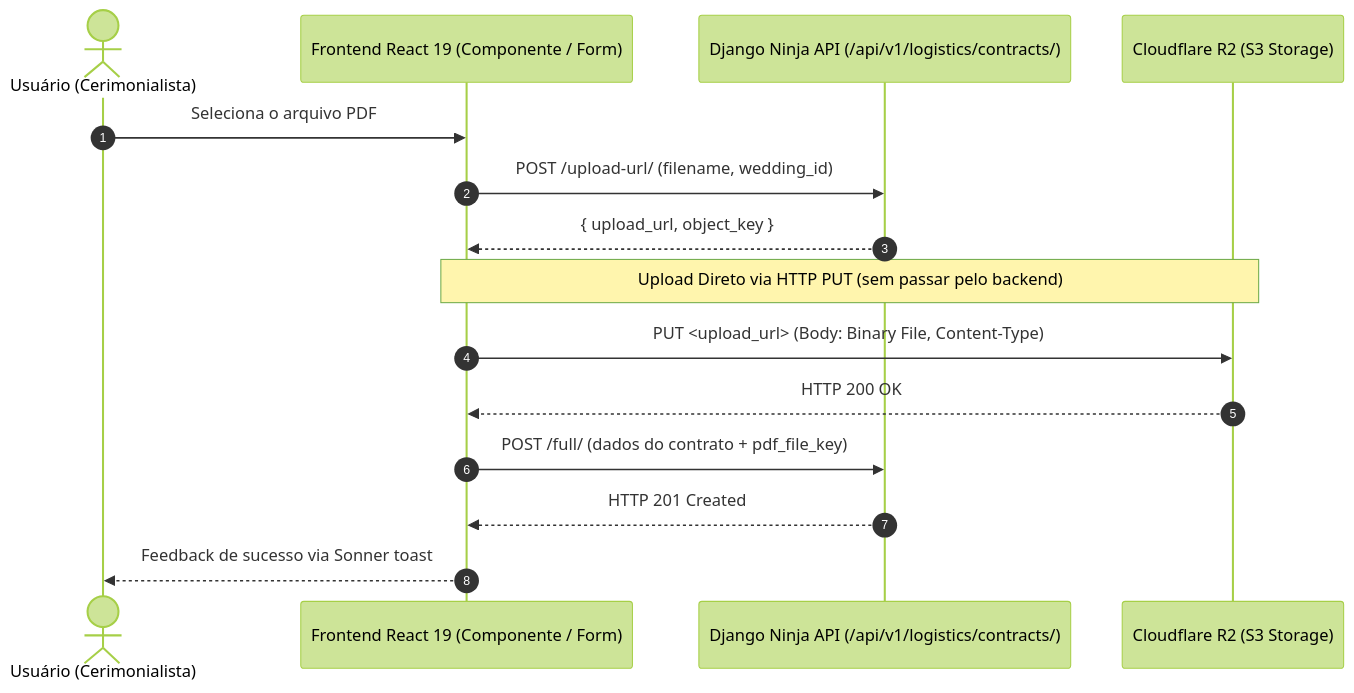
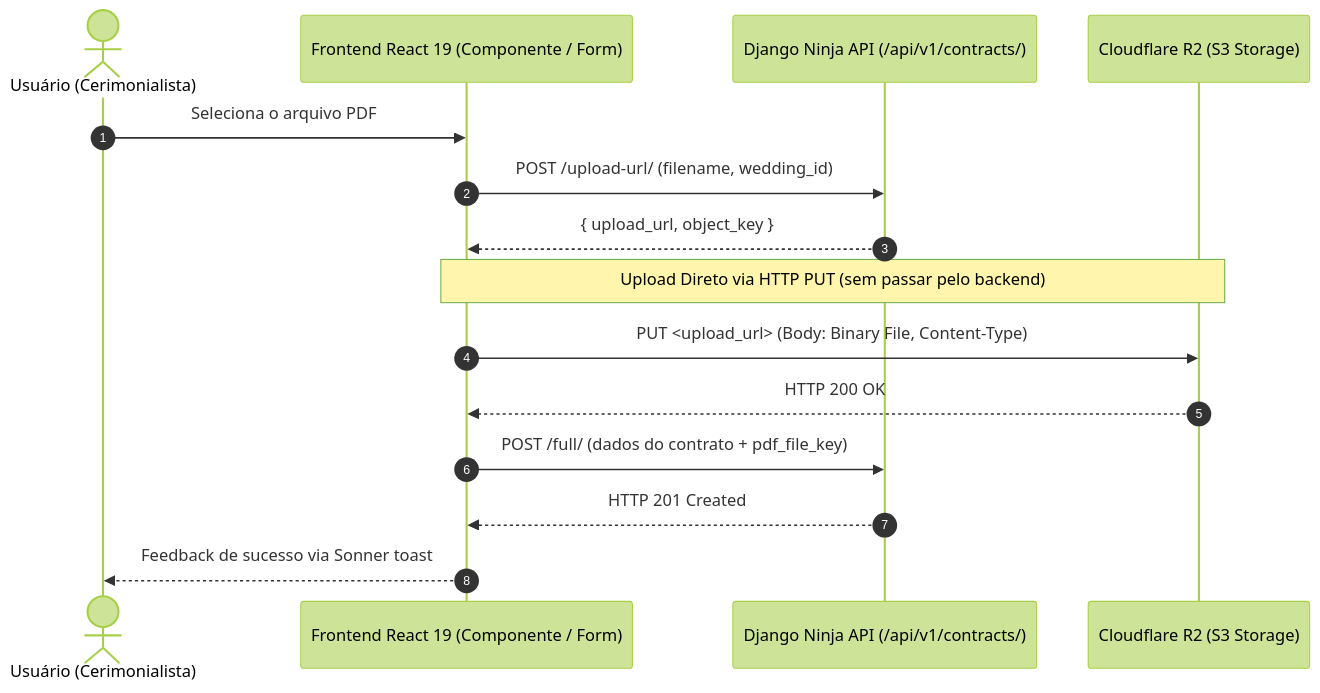
One commit to Rafaelp122/wedding_management changed the diagram in docs/guides/frontend/upload-files-to-r2.md. Above: the diagram before and after it, drawn with Mermaid (forest theme). The commit also changed other lines of this file and 433 other files, not shown here.

````diff
--- a/docs/guides/frontend/upload-files-to-r2.md
+++ b/docs/guides/frontend/upload-files-to-r2.md
@@ -20,18 +20,18 @@
 ```mermaid
 sequenceDiagram
     autonumber
     actor User as Usuário (Cerimonialista)
     participant UI as Frontend React 19 (Componente / Form)
-    participant API as Django Ninja API (/api/v1/logistics/contracts/)
+    participant API as Django Ninja API (/api/v1/contracts/)
     participant R2 as Cloudflare R2 (S3 Storage)
 
     User->>UI: Seleciona o arquivo PDF
     UI->>API: POST /upload-url/ (filename, wedding_id)
     API-->>UI: { upload_url, object_key }
     Note over UI,R2: Upload Direto via HTTP PUT (sem passar pelo backend)
     UI->>R2: PUT <upload_url> (Body: Binary File, Content-Type)
     R2-->>UI: HTTP 200 OK
     UI->>API: POST /full/ (dados do contrato + pdf_file_key)
     API-->>UI: HTTP 201 Created
     UI-->>User: Feedback de sucesso via Sonner toast
 ```
````
